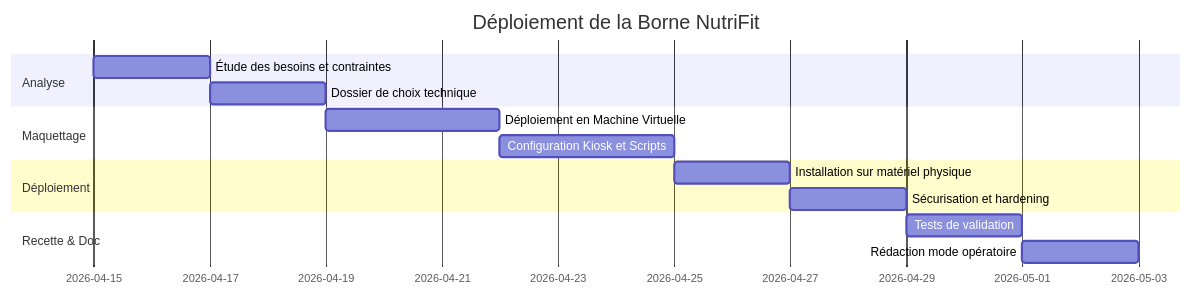
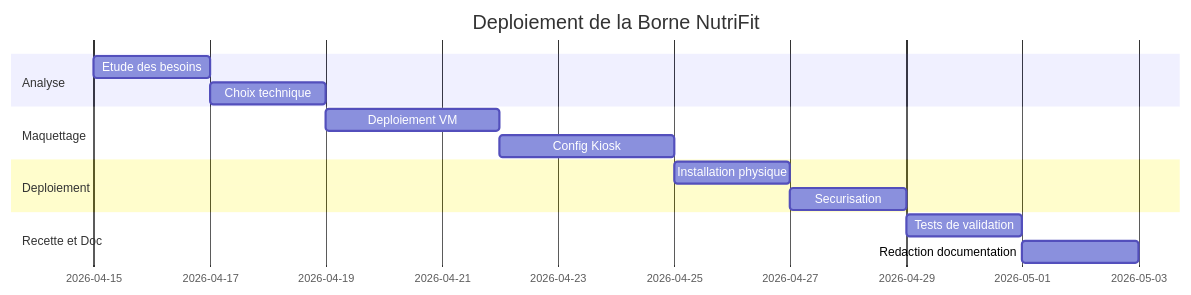
The diagram in README.md (edib16/AP01-Borne-interactive-NutriFit), drawn with Mermaid before and after one commit. The commit also changed other lines of this file and 2 other files, not shown here.

Commit message:
Passage de RP01 à AP01 et corrections documentations

````diff
--- a/README.md
+++ b/README.md
@@ -41,17 +41,17 @@
 ```mermaid
 gantt
-    title Déploiement de la Borne NutriFit
+    title Deploiement de la Borne NutriFit
     dateFormat  YYYY-MM-DD
     section Analyse
-    Étude des besoins et contraintes :a1, 2026-04-15, 2d
-    Dossier de choix technique :a2, after a1, 2d
+    Etude des besoins :a1, 2026-04-15, 2d
+    Choix technique :a2, after a1, 2d
     section Maquettage
-    Déploiement en Machine Virtuelle :m1, 2026-04-19, 3d
-    Configuration Kiosk et Scripts :m2, after m1, 3d
-    section Déploiement
-    Installation sur matériel physique :d1, 2026-04-25, 2d
-    Sécurisation et hardening :d2, after d1, 2d
-    section Recette & Doc
+    Deploiement VM :m1, 2026-04-19, 3d
+    Config Kiosk :m2, after m1, 3d
+    section Deploiement
+    Installation physique :d1, 2026-04-25, 2d
+    Securisation :d2, after d1, 2d
+    section Recette et Doc
     Tests de validation :r1, 2026-04-29, 2d
-    Rédaction mode opératoire :r2, after r1, 2d
+    Redaction documentation :r2, after r1, 2d
 ```
````
